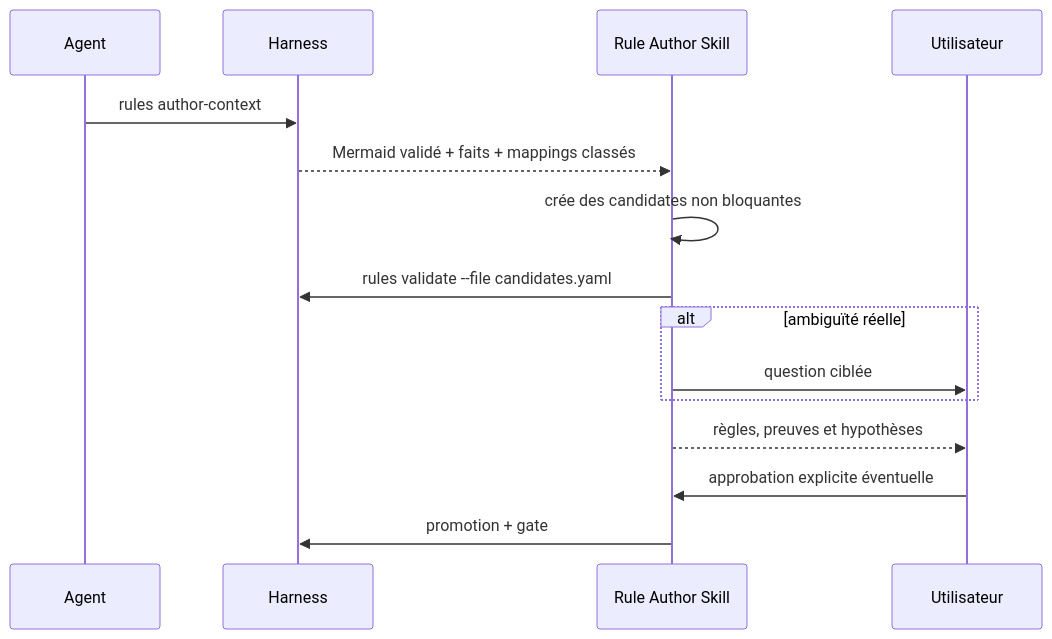
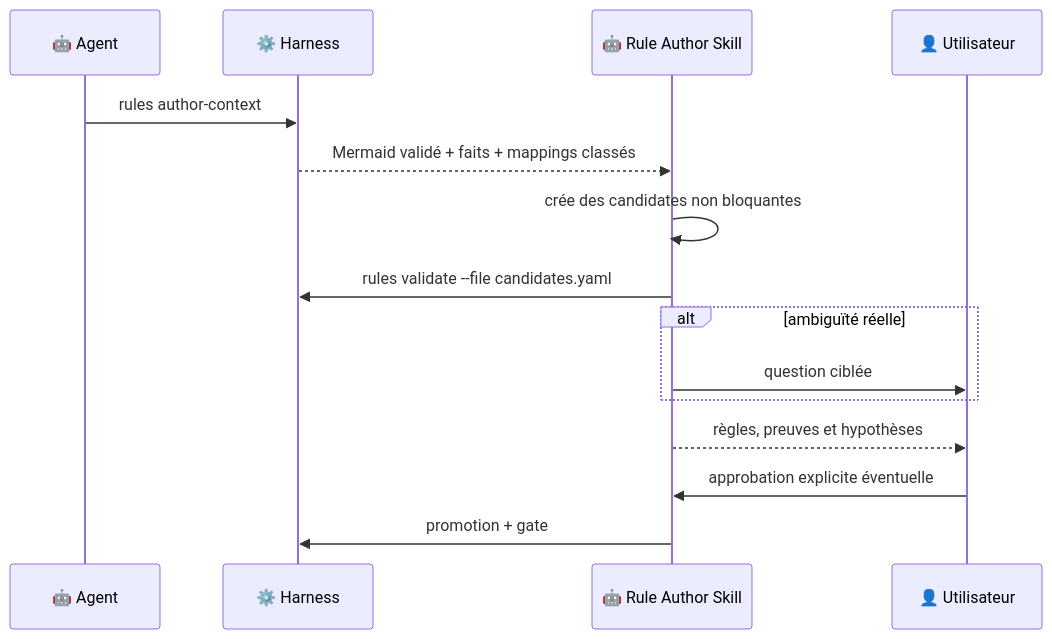
The seventh of 8 diagrams in documentation/DOCUMENTATION_FONCTIONNELLE.md (Jeandavidnelson/Harness), drawn with Mermaid before and after one commit. The commit also changed other lines of this file and 7 other files, not shown here.

````diff
--- a/documentation/DOCUMENTATION_FONCTIONNELLE.md
+++ b/documentation/DOCUMENTATION_FONCTIONNELLE.md
@@ -214,17 +224,17 @@
 ```mermaid
 sequenceDiagram
-    participant A as Agent
-    participant H as Harness
-    participant S as Rule Author Skill
-    participant U as Utilisateur
+    participant A as 🤖 Agent
+    participant H as ⚙️ Harness
+    participant S as 🤖 Rule Author Skill
+    participant U as 👤 Utilisateur
     A->>H: rules author-context
     H-->>S: Mermaid validé + faits + mappings classés
     S->>S: crée des candidates non bloquantes
     S->>H: rules validate --file candidates.yaml
     alt ambiguïté réelle
         S->>U: question ciblée
     end
     S-->>U: règles, preuves et hypothèses
     U->>S: approbation explicite éventuelle
     S->>H: promotion + gate
 ```
````
